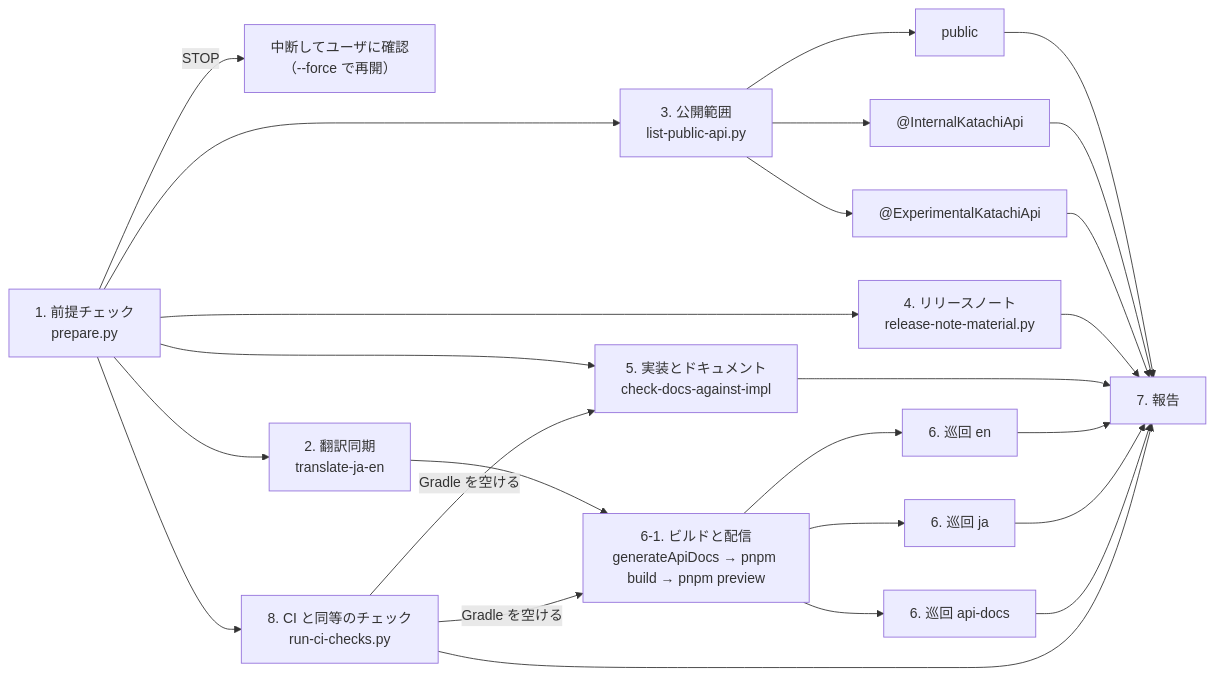
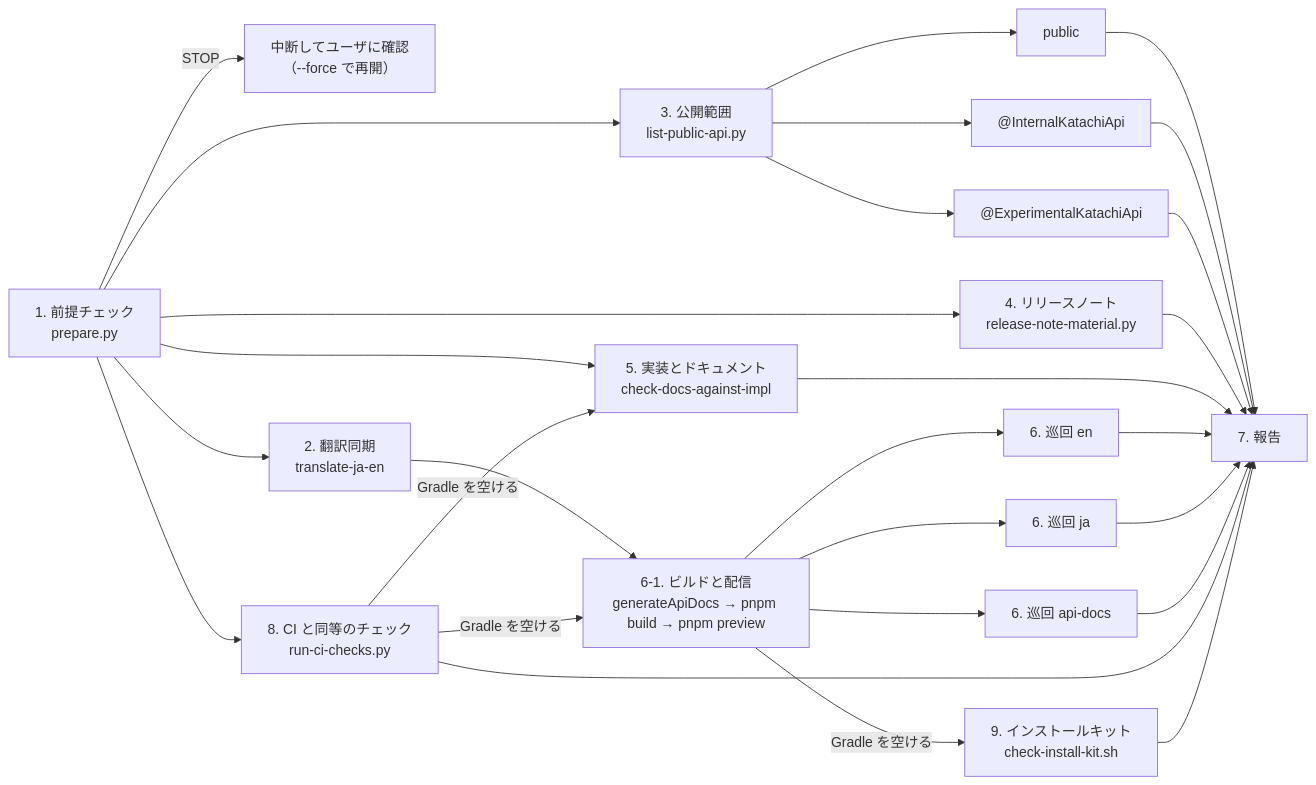
One commit to TBSten/katachi changed the diagram in .claude/skills/prerelease/SKILL.md. Above: the diagram before and after it, drawn with Mermaid. The commit also changed other lines of this file and 11 other files, not shown here.

````diff
--- a/.claude/skills/prerelease/SKILL.md
+++ b/.claude/skills/prerelease/SKILL.md
@@ -19,14 +20,15 @@
 ```mermaid
 flowchart LR
     P["1. 前提チェック<br/>prepare.py"] -- " STOP " --> Ask["中断してユーザに確認<br/>（--force で再開）"]
     P --> T["2. 翻訳同期<br/>translate-ja-en"]
     P --> V["3. 公開範囲<br/>list-public-api.py"]
     P --> R["4. リリースノート<br/>release-note-material.py"]
     P --> D["5. 実装とドキュメント<br/>check-docs-against-impl"]
     P --> CI["8. CI と同等のチェック<br/>run-ci-checks.py"]
     V --> V1["public"] & V2["@InternalKatachiApi"] & V3["@ExperimentalKatachiApi"]
     T --> B["6-1. ビルドと配信<br/>generateApiDocs → pnpm build → pnpm preview"]
     B --> C1["6. 巡回 en"] & C2["6. 巡回 ja"] & C3["6. 巡回 api-docs"]
     CI -- " Gradle を空ける " --> D & B
-    V1 & V2 & V3 & R & D & C1 & C2 & C3 & CI --> Rep["7. 報告"]
+    B -- " Gradle を空ける " --> IK["9. インストールキット<br/>check-install-kit.sh"]
+    V1 & V2 & V3 & R & D & C1 & C2 & C3 & CI & IK --> Rep["7. 報告"]
 ```
````
